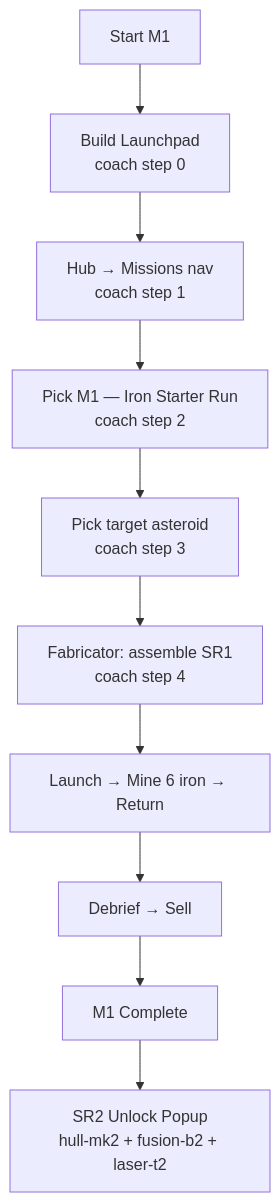
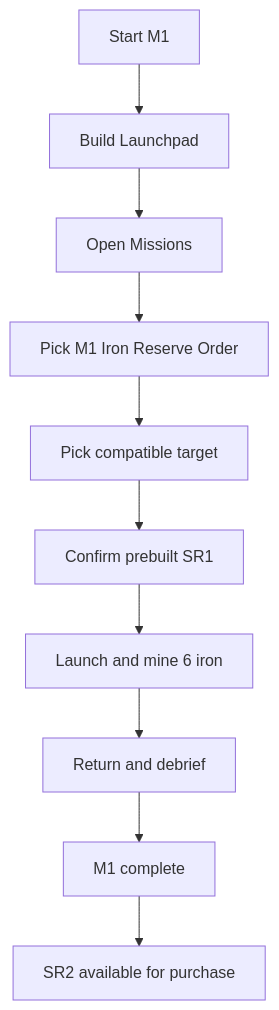
Before and after one commit to Signal-K/planet-hunters-experiment-1: the first of 2 diagrams in specs/mission-flowchart-diagrams.md, drawn with Mermaid. The commit also changed other lines of this file and 86 other files, not shown here.

````diff
--- a/specs/mission-flowchart-diagrams.md
+++ b/specs/mission-flowchart-diagrams.md
@@ -9,12 +7,12 @@
 ```mermaid
 flowchart TD
-  A[Start M1] --> B[Build Launchpad<br/>coach step 0]
-  B --> C[Hub → Missions nav<br/>coach step 1]
-  C --> D[Pick M1 — Iron Starter Run<br/>coach step 2]
-  D --> E[Pick target asteroid<br/>coach step 3]
-  E --> F[Fabricator: assemble SR1<br/>coach step 4]
-  F --> G[Launch → Mine 6 iron → Return]
-  G --> H[Debrief → Sell]
-  H --> I[M1 Complete]
-  I --> J[SR2 Unlock Popup<br/>hull-mk2 + fusion-b2 + laser-t2]
+  A[Start M1] --> B[Build Launchpad]
+  B --> C[Open Missions]
+  C --> D[Pick M1 Iron Reserve Order]
+  D --> E[Pick compatible target]
+  E --> F[Confirm prebuilt SR1]
+  F --> G[Launch and mine 6 iron]
+  G --> H[Return and debrief]
+  H --> I[M1 complete]
+  I --> J[SR2 available for purchase]
 ```
````
